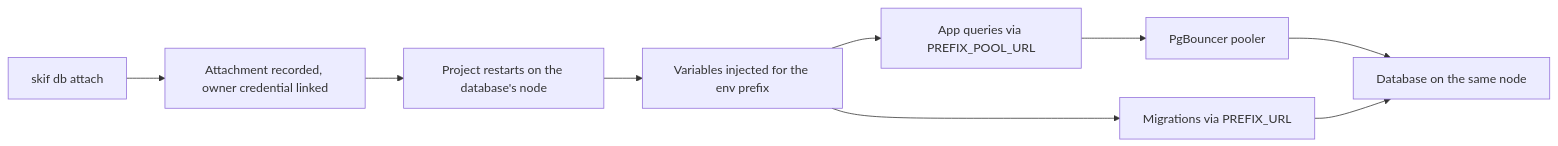
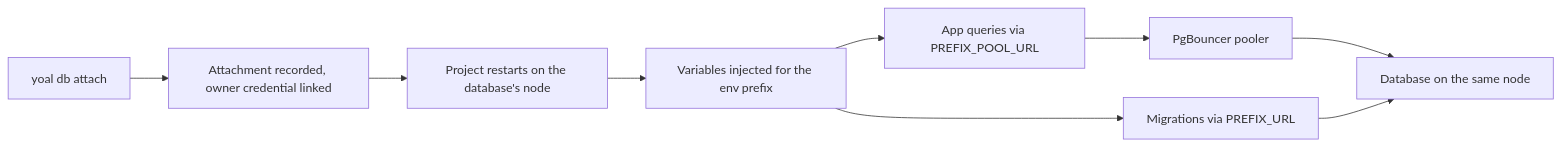
Before and after one commit to KieranHolroyd/skiff: the first of 2 diagrams in packages/docs/content/data/databases.md, drawn with Mermaid. The commit also changed other lines of this file and 1869 other files, not shown here.

````diff
--- a/packages/docs/content/data/databases.md
+++ b/packages/docs/content/data/databases.md
@@ -104,11 +104,11 @@
 ```mermaid
 flowchart LR
-  A["skif db attach"] --> B["Attachment recorded, owner credential linked"]
+  A["yoal db attach"] --> B["Attachment recorded, owner credential linked"]
   B --> C["Project restarts on the database's node"]
   C --> D["Variables injected for the env prefix"]
   D --> E["App queries via PREFIX_POOL_URL"]
   D --> F["Migrations via PREFIX_URL"]
   E --> G["PgBouncer pooler"]
   G --> H["Database on the same node"]
   F --> H
 ```
````
